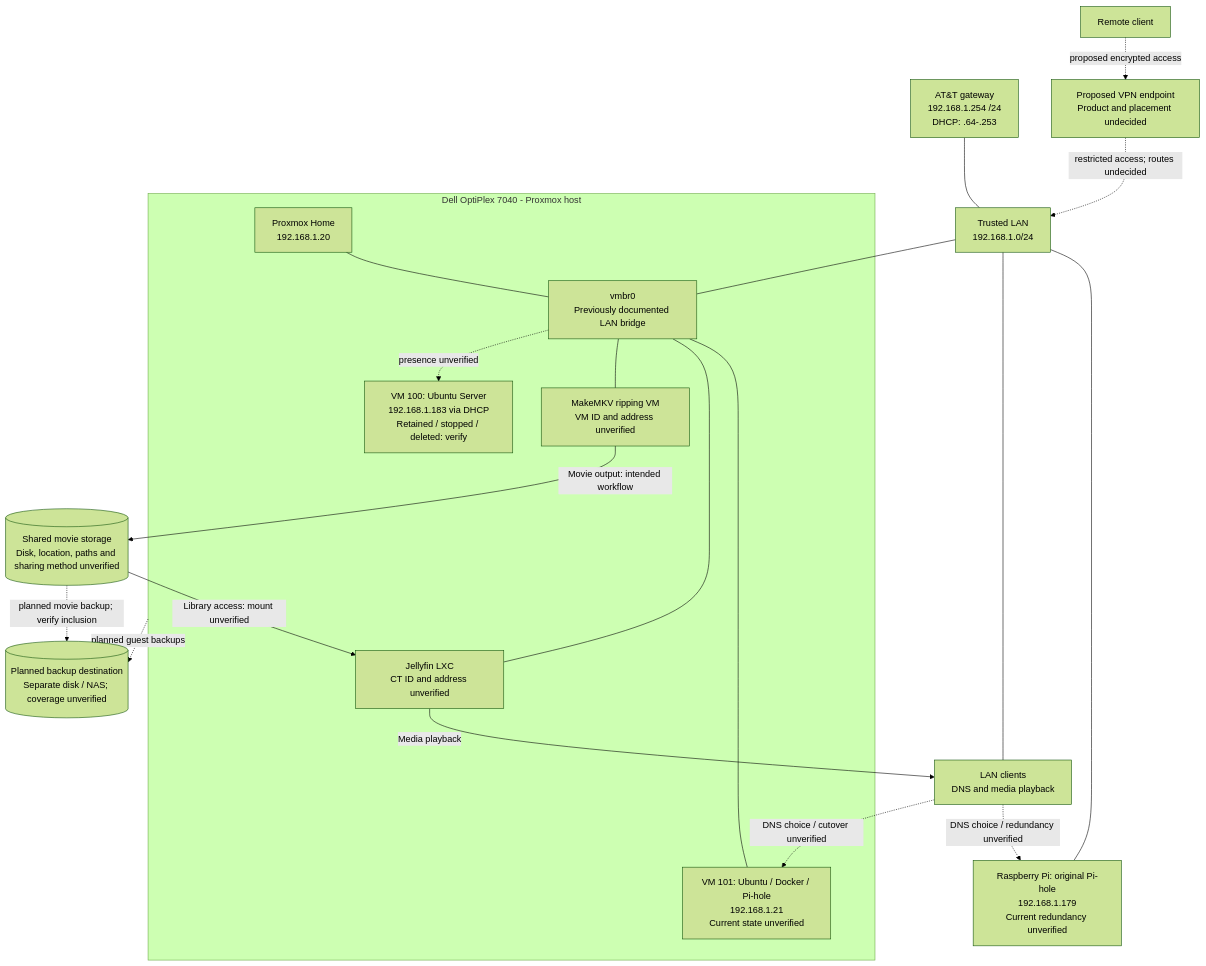
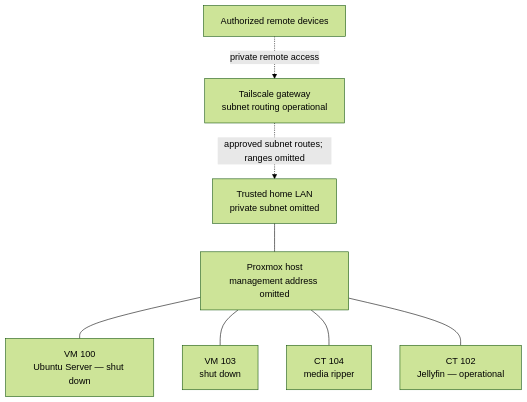
One commit to lionelayala890-sketch/Home-server changed the diagram in README.md. Above: the diagram before and after it, drawn with Mermaid (forest theme). The commit also changed other lines of this file, not shown here.

Commit message:
Document November 4 verified Proxmox, hardware, and Tailscale status in sanitized README

````diff
--- a/README.md
+++ b/README.md
@@ -13,40 +38,18 @@
 ```mermaid
 flowchart TB
-    GW["AT&T gateway<br/>192.168.1.254 /24<br/>DHCP: .64-.253"]
-    LAN["Trusted LAN<br/>192.168.1.0/24"]
-    CLIENT["LAN clients<br/>DNS and media playback"]
-    RPI["Raspberry Pi: original Pi-hole<br/>192.168.1.179<br/>Current redundancy unverified"]
-
-    subgraph HOST["Dell OptiPlex 7040 - Proxmox host"]
-        PVE["Proxmox Home<br/>192.168.1.20"]
-        BRIDGE["vmbr0<br/>Previously documented LAN bridge"]
-        DNS["VM 101: Ubuntu / Docker / Pi-hole<br/>192.168.1.21<br/>Current state unverified"]
-        JF["Jellyfin LXC<br/>CT ID and address unverified"]
-        MKV["MakeMKV ripping VM<br/>VM ID and address unverified"]
-        OLD["VM 100: Ubuntu Server<br/>192.168.1.183 via DHCP<br/>Retained / stopped / deleted: verify"]
-        PVE --- BRIDGE
-        BRIDGE --- DNS
-        BRIDGE --- JF
-        BRIDGE --- MKV
-        BRIDGE -. "presence unverified" .-> OLD
-    end
-
-    STORE[("Shared movie storage<br/>Disk, location, paths and sharing method unverified")]
-    BACKUP[("Planned backup destination<br/>Separate disk / NAS; coverage unverified")]
-    REMOTE["Remote client"]
-    VPN["Proposed VPN endpoint<br/>Product and placement undecided"]
-
-    GW --- LAN
-    LAN --- BRIDGE
-    LAN --- RPI
-    LAN --- CLIENT
-    CLIENT -. "DNS choice / cutover unverified" .-> DNS
-    CLIENT -. "DNS choice / redundancy unverified" .-> RPI
-    MKV -->|"Movie output: intended workflow"| STORE
-    STORE -->|"Library access: mount unverified"| JF
-    JF -->|"Media playback"| CLIENT
-    HOST -. "planned guest backups" .-> BACKUP
-    STORE -. "planned movie backup; verify inclusion" .-> BACKUP
-    REMOTE -. "proposed encrypted access" .-> VPN
-    VPN -. "restricted access; routes undecided" .-> LAN
+    LAN["Trusted home LAN<br/>private subnet omitted"]
+    HOST["Proxmox host<br/>management address omitted"]
+    VM100["VM 100<br/>Ubuntu Server — shut down"]
+    VM103["VM 103<br/>shut down"]
+    CT104["CT 104<br/>media ripper"]
+    CT102["CT 102<br/>Jellyfin — operational"]
+    TS["Tailscale gateway<br/>subnet routing operational"]
+    REMOTE["Authorized remote devices"]
+    LAN --- HOST
+    HOST --- VM100
+    HOST --- VM103
+    HOST --- CT104
+    HOST --- CT102
+    REMOTE -. "private remote access" .-> TS
+    TS -. "approved subnet routes; ranges omitted" .-> LAN
 ```
````
